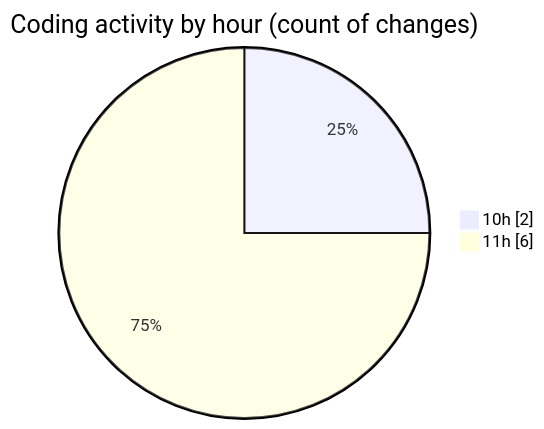
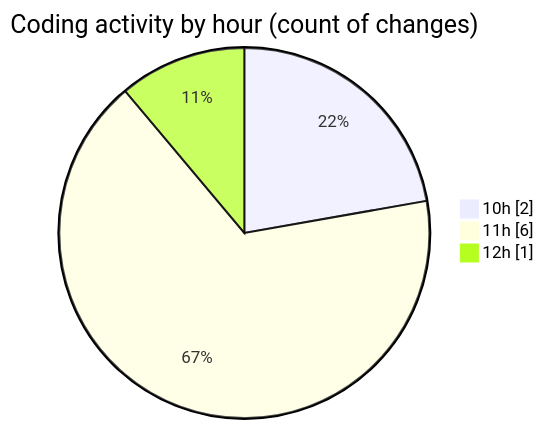
One commit to julien-gomy/code-tracking changed the second of 2 diagrams in 2025-10-22/eventscop-frontend-guide__workspace_/README.md. Above: the diagram before and after it, drawn with Mermaid. The commit also changed other lines of this file and 1 other file, not shown here.

````diff
--- a/2025-10-22/eventscop-frontend-guide__workspace_/README.md
+++ b/2025-10-22/eventscop-frontend-guide__workspace_/README.md
@@ -31,6 +32,7 @@
 ```mermaid
 pie showData
 title Coding activity by hour (count of changes)
 "10h" : 2
 "11h" : 6
+"12h" : 1
 ```
````
